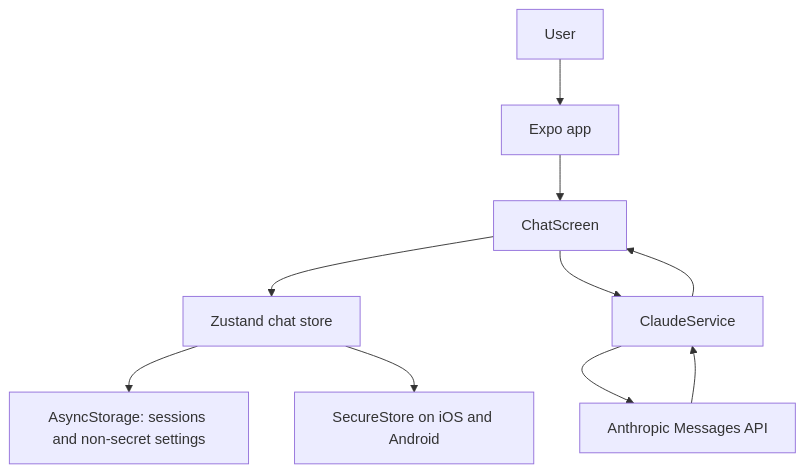
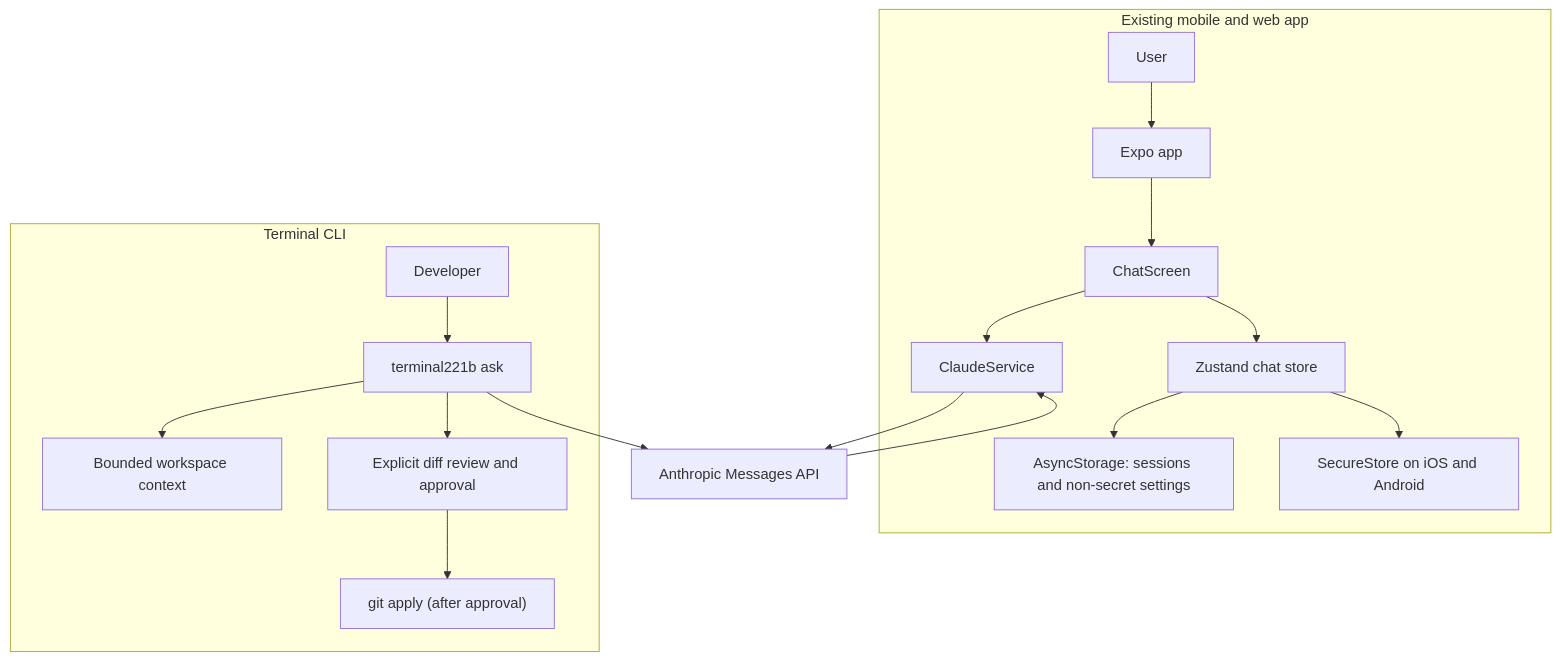
One commit to BoozeLee/terminal221b changed the diagram in README.md. Above: the diagram before and after it, drawn with Mermaid. The commit also changed other lines of this file and 14 other files, not shown here.

Commit message:
feat: add installable Terminal221b CLI core

````diff
--- a/README.md
+++ b/README.md
@@ -14,12 +14,20 @@
 ```mermaid
 flowchart TD
-    User --> App["Expo app"]
-    App --> Chat["ChatScreen"]
-    Chat --> Store["Zustand chat store"]
-    Store --> Sessions["AsyncStorage: sessions and non-secret settings"]
-    Store --> Key["SecureStore on iOS and Android"]
-    Chat --> Service["ClaudeService"]
+    subgraph Mobile["Existing mobile and web app"]
+      User --> App["Expo app"]
+      App --> Chat["ChatScreen"]
+      Chat --> Store["Zustand chat store"]
+      Store --> Sessions["AsyncStorage: sessions and non-secret settings"]
+      Store --> Key["SecureStore on iOS and Android"]
+      Chat --> Service["ClaudeService"]
+    end
+    subgraph Terminal["Terminal CLI"]
+      Developer --> CLI["terminal221b ask"]
+      CLI --> Context["Bounded workspace context"]
+      CLI --> Approval["Explicit diff review and approval"]
+      Approval --> GitApply["git apply (after approval)"]
+    end
     Service --> API["Anthropic Messages API"]
+    CLI --> API
     API --> Service
-    Service --> Chat
 ```
````
